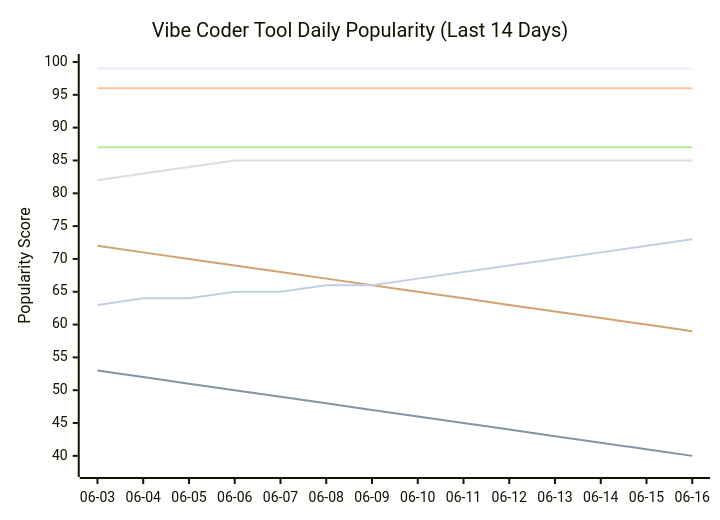
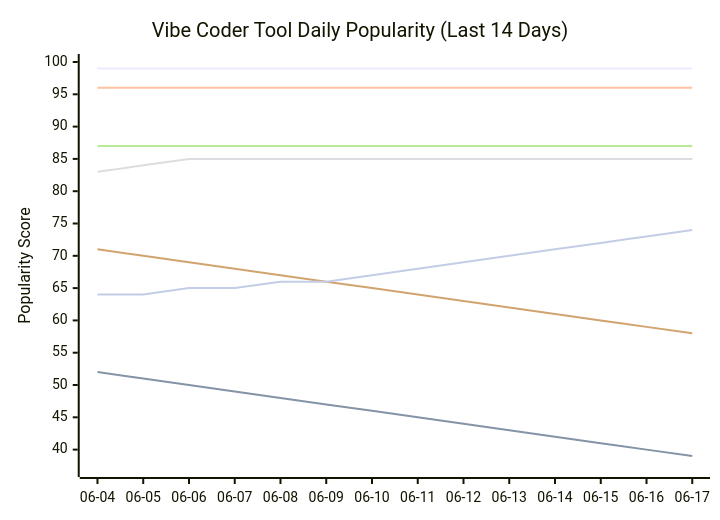
One commit to tykimos/ai-whatchelin changed the seventh of 11 diagrams in README.md. Above: the diagram before and after it, drawn with Mermaid. The commit also changed other lines of this file and 4 other files, not shown here.

````diff
--- a/README.md
+++ b/README.md
@@ -1616,13 +1621,13 @@
 ```mermaid
 xychart-beta
     title "Vibe Coder Tool Daily Popularity (Last 14 Days)"
-    x-axis ["06-03", "06-04", "06-05", "06-06", "06-07", "06-08", "06-09", "06-10", "06-11", "06-12", "06-13", "06-14", "06-15", "06-16"]
-    y-axis "Popularity Score" 38 --> 100
+    x-axis ["06-04", "06-05", "06-06", "06-07", "06-08", "06-09", "06-10", "06-11", "06-12", "06-13", "06-14", "06-15", "06-16", "06-17"]
+    y-axis "Popularity Score" 37 --> 100
     line "Claude Code" [99, 99, 99, 99, 99, 99, 99, 99, 99, 99, 99, 99, 99, 99]
-    line "GH Copilot" [53, 52, 51, 50, 49, 48, 47, 46, 45, 44, 43, 42, 41, 40]
+    line "GH Copilot" [52, 51, 50, 49, 48, 47, 46, 45, 44, 43, 42, 41, 40, 39]
     line "Cursor" [96, 96, 96, 96, 96, 96, 96, 96, 96, 96, 96, 96, 96, 96]
-    line "Windsurf" [82, 83, 84, 85, 85, 85, 85, 85, 85, 85, 85, 85, 85, 85]
+    line "Windsurf" [83, 84, 85, 85, 85, 85, 85, 85, 85, 85, 85, 85, 85, 85]
     line "Codex CLI" [87, 87, 87, 87, 87, 87, 87, 87, 87, 87, 87, 87, 87, 87]
-    line "Gemini CLI" [72, 71, 70, 69, 68, 67, 66, 65, 64, 63, 62, 61, 60, 59]
-    line "Antigravity" [63, 64, 64, 65, 65, 66, 66, 67, 68, 69, 70, 71, 72, 73]
+    line "Gemini CLI" [71, 70, 69, 68, 67, 66, 65, 64, 63, 62, 61, 60, 59, 58]
+    line "Antigravity" [64, 64, 65, 65, 66, 66, 67, 68, 69, 70, 71, 72, 73, 74]
 ```
````
